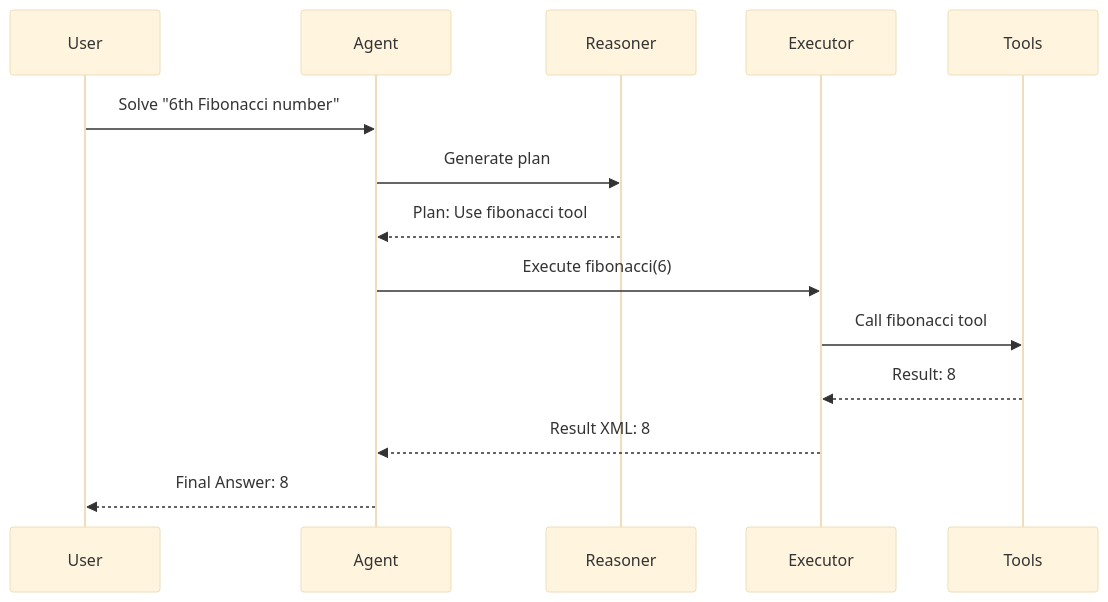
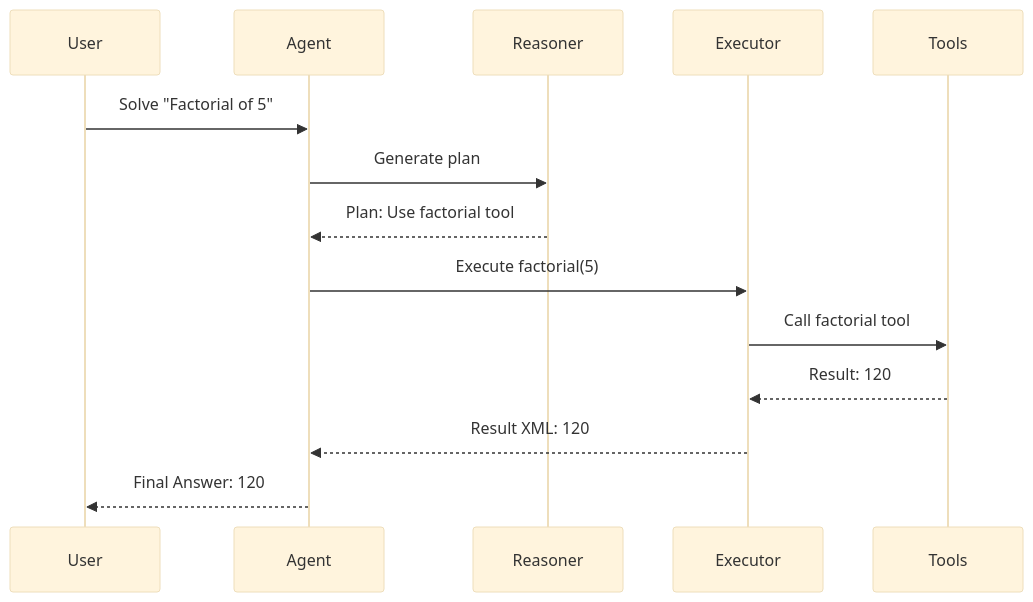
Before and after one commit to quantalogic/quantalogic: the second of 2 diagrams in quantalogic_codeact/README.md, drawn with Mermaid (base theme). The commit also changed other lines of this file, not shown here.

````diff
--- a/quantalogic_codeact/README.md
+++ b/quantalogic_codeact/README.md
@@ -360,16 +295,16 @@
 ```mermaid
 sequenceDiagram
     participant U as User
     participant A as Agent
     participant R as Reasoner
     participant E as Executor
     participant T as Tools
-    U->>A: Solve "6th Fibonacci number"
+    U->>A: Solve "Factorial of 5"
     A->>R: Generate plan
-    R-->>A: Plan: Use fibonacci tool
-    A->>E: Execute fibonacci(6)
-    E->>T: Call fibonacci tool
-    T-->>E: Result: 8
-    E-->>A: Result XML: 8
-    A-->>U: Final Answer: 8
+    R-->>A: Plan: Use factorial tool
+    A->>E: Execute factorial(5)
+    E->>T: Call factorial tool
+    T-->>E: Result: 120
+    E-->>A: Result XML: 120
+    A-->>U: Final Answer: 120
 ```
````
